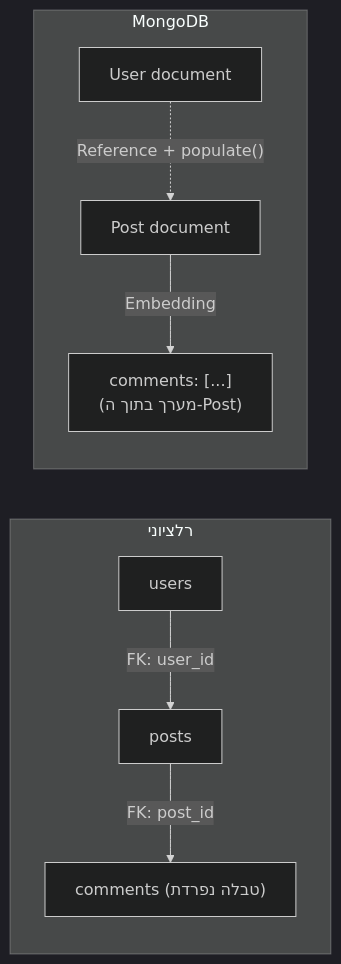
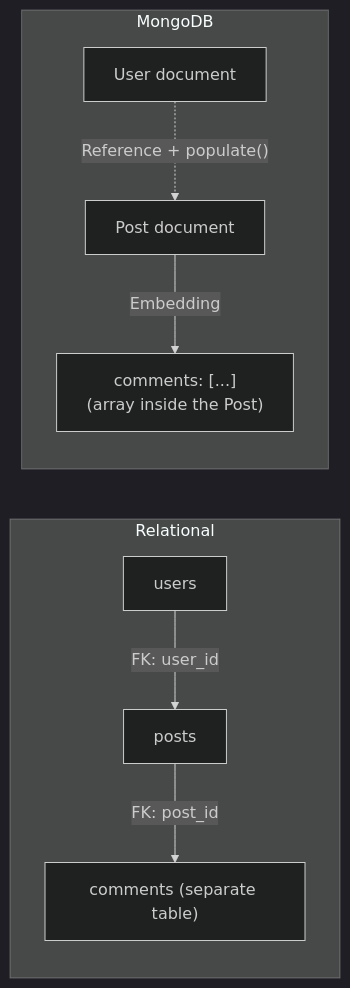
Before and after one commit to neriyaMalachi/FullStack_kodkode_5: the second of 2 diagrams in content/docs/databases/109-db-capstone-project-content.md, drawn with Mermaid (dark theme). The commit also changed other lines of this file and 117 other files, not shown here.

````diff
--- a/content/docs/databases/109-db-capstone-project-content.md
+++ b/content/docs/databases/109-db-capstone-project-content.md
@@ -66,11 +66,11 @@
 ```mermaid
 flowchart RL
-    subgraph רלציוני
+    subgraph Relational
         U1["users"] -->|"FK: user_id"| P1["posts"]
-        P1 -->|"FK: post_id"| C1["comments (טבלה נפרדת)"]
+        P1 -->|"FK: post_id"| C1["comments (separate table)"]
     end
     subgraph MongoDB
         U2["User document"] -.->|"Reference + populate()"| P2["Post document"]
-        P2 -->|"Embedding"| C2["comments: [...]<br/>(מערך בתוך ה-Post)"]
+        P2 -->|"Embedding"| C2["comments: [...]<br/>(array inside the Post)"]
     end
 ```
````
